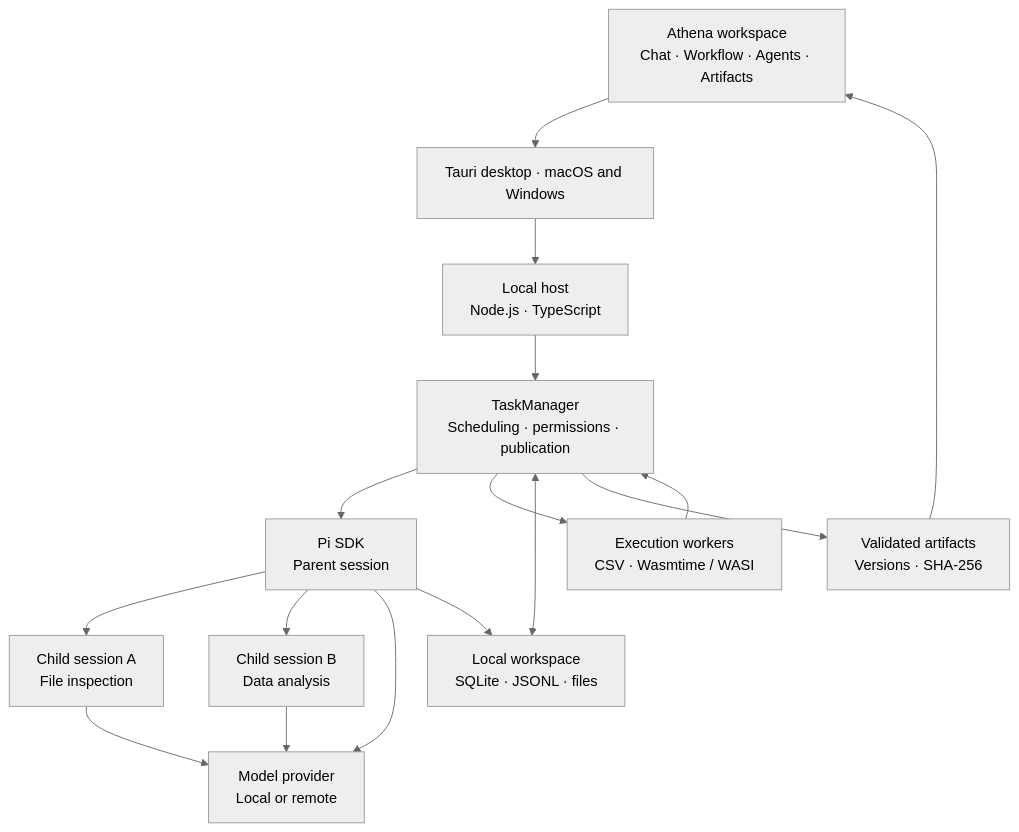
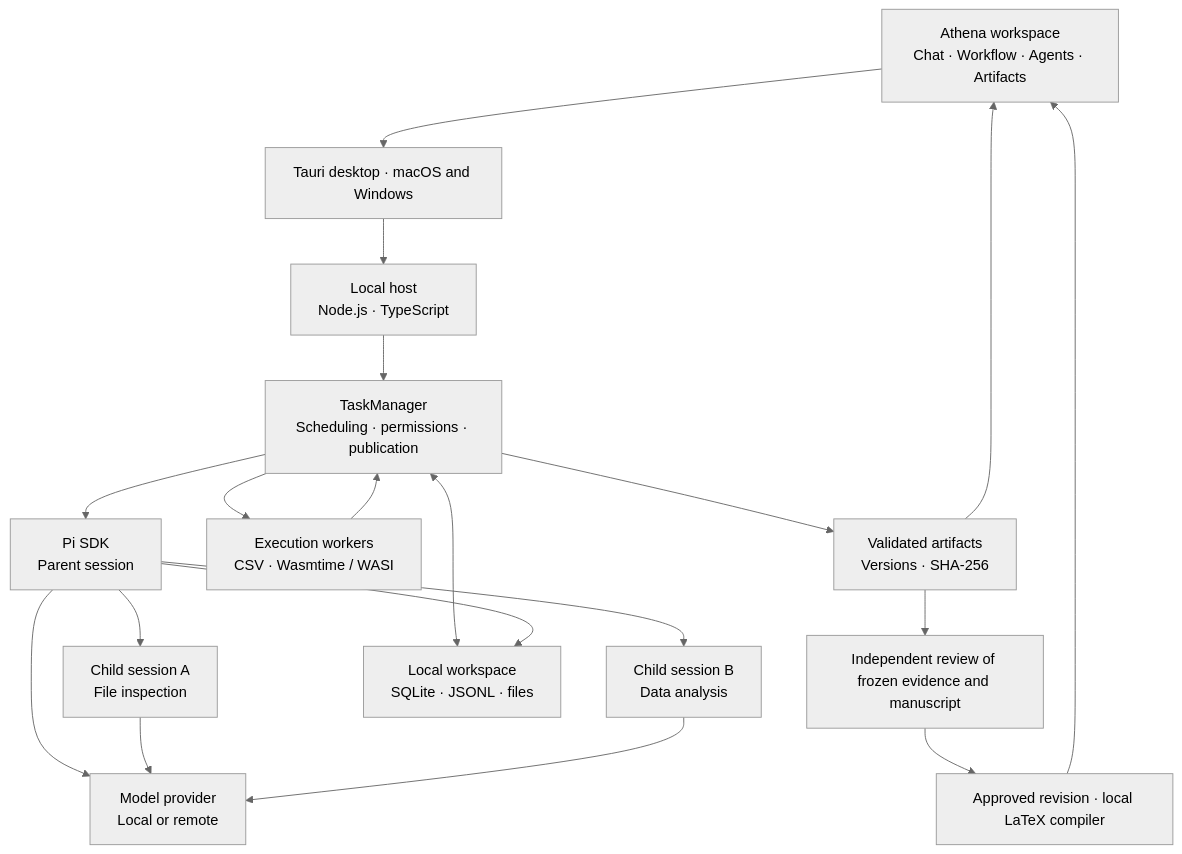
One commit to yanaire/athena changed the diagram in README.md. Above: the diagram before and after it, drawn with Mermaid (neutral theme). The commit also changed other lines of this file and 26 other files, not shown here.

````diff
--- a/README.md
+++ b/README.md
@@ -112,28 +112,31 @@
 ```mermaid
 flowchart TD
     U["Athena workspace<br/>Chat · Workflow · Agents · Artifacts"]
     T["Tauri desktop · macOS and Windows"]
     H["Local host<br/>Node.js · TypeScript"]
     M["TaskManager<br/>Scheduling · permissions · publication"]
     P["Pi SDK<br/>Parent session"]
     C1["Child session A<br/>File inspection"]
     C2["Child session B<br/>Data analysis"]
     R["Model provider<br/>Local or remote"]
     W["Execution workers<br/>CSV · Wasmtime / WASI"]
     S["Local workspace<br/>SQLite · JSONL · files"]
     A["Validated artifacts<br/>Versions · SHA-256"]
 
     U --> T --> H --> M
     M --> P
     P --> C1
     P --> C2
     P --> R
     C1 --> R
     C2 --> R
     M --> W
     M <--> S
     P --> S
     W --> M
     M --> A
+    A --> V["Independent review of frozen evidence and manuscript"]
+    V --> L["Approved revision · local LaTeX compiler"]
+    L --> U
     A --> U
 ```
````
